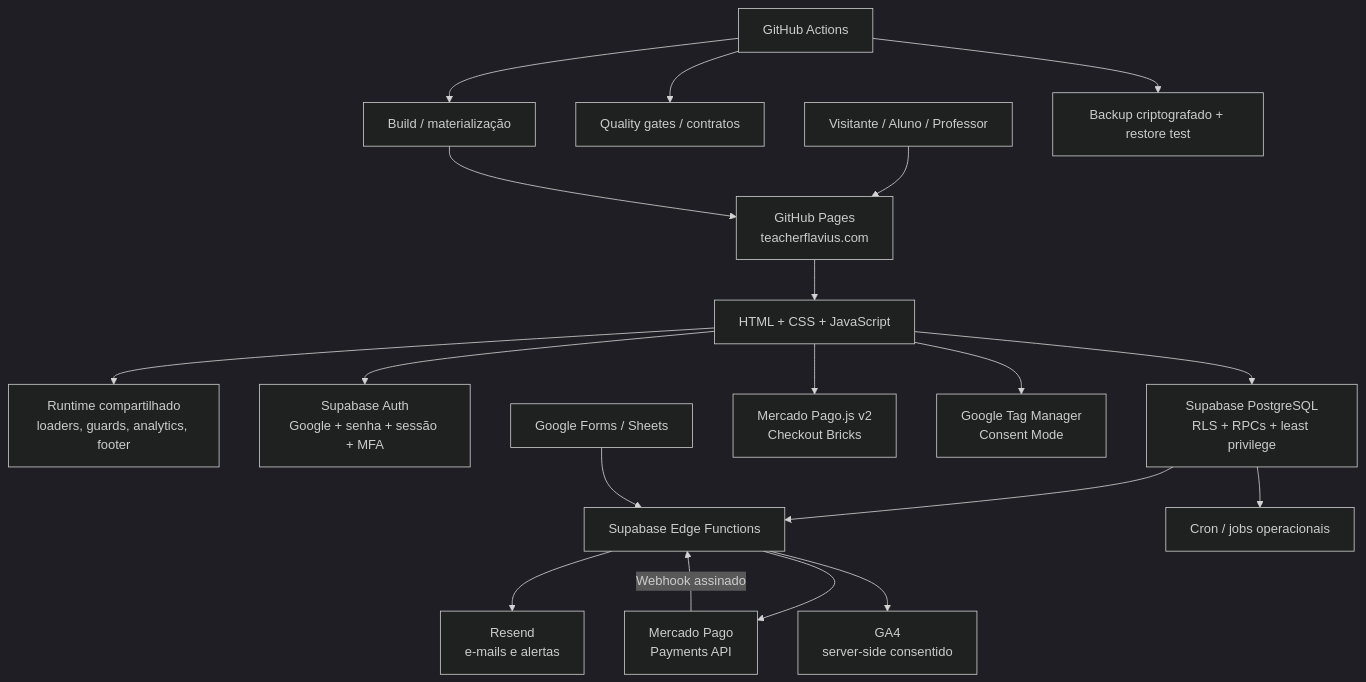
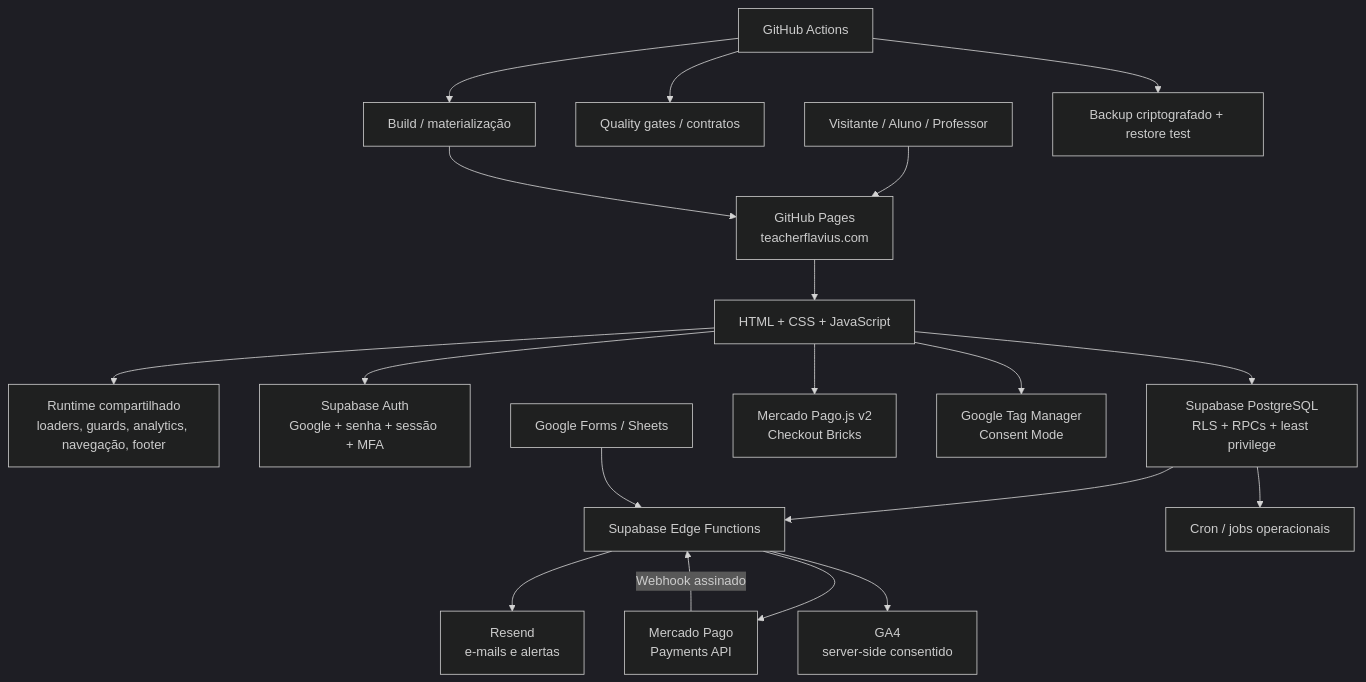
Before and after one commit to Zoqvera/teacherflavius: the diagram in README.md, drawn with Mermaid (dark theme). The commit also changed other lines of this file, not shown here.

````diff
--- a/README.md
+++ b/README.md
@@ -38,24 +38,24 @@
 ```mermaid
 flowchart TB
   User["Visitante / Aluno / Professor"] --> Pages["GitHub Pages\nteacherflavius.com"]
   Pages --> Browser["HTML + CSS + JavaScript"]
 
-  Browser --> Runtime["Runtime compartilhado\nloaders, guards, analytics, footer"]
+  Browser --> Runtime["Runtime compartilhado\nloaders, guards, analytics, navegação, footer"]
   Browser --> Auth["Supabase Auth\nGoogle + senha + sessão + MFA"]
   Browser --> Database["Supabase PostgreSQL\nRLS + RPCs + least privilege"]
   Browser --> MercadoPagoJS["Mercado Pago.js v2\nCheckout Bricks"]
   Browser --> GTM["Google Tag Manager\nConsent Mode"]
 
   Database --> Functions["Supabase Edge Functions"]
   Database --> Cron["Cron / jobs operacionais"]
   Functions --> Resend["Resend\ne-mails e alertas"]
   Functions --> MercadoPagoAPI["Mercado Pago\nPayments API"]
   Functions --> GA4["GA4\nserver-side consentido"]
   MercadoPagoAPI -->|"Webhook assinado"| Functions
   Forms["Google Forms / Sheets"] --> Functions
 
   Actions["GitHub Actions"] --> Quality["Quality gates / contratos"]
   Actions --> Build["Build / materialização"]
   Actions --> Backup["Backup criptografado + restore test"]
   Build --> Pages
 ```
````
